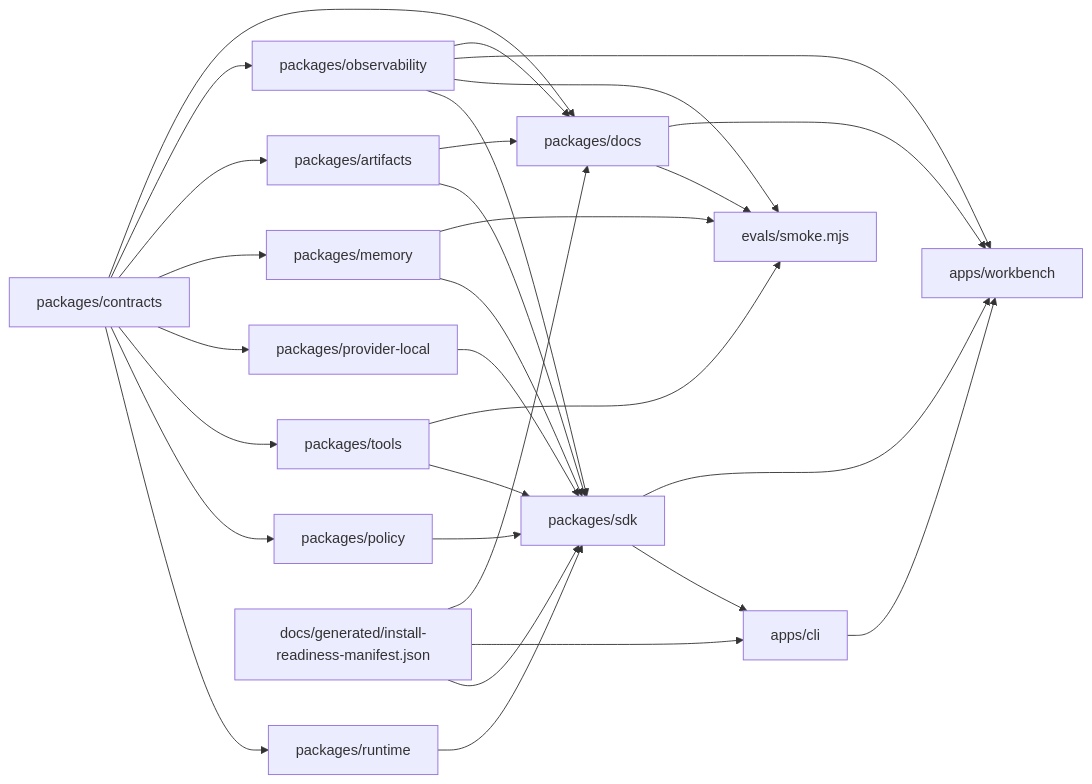
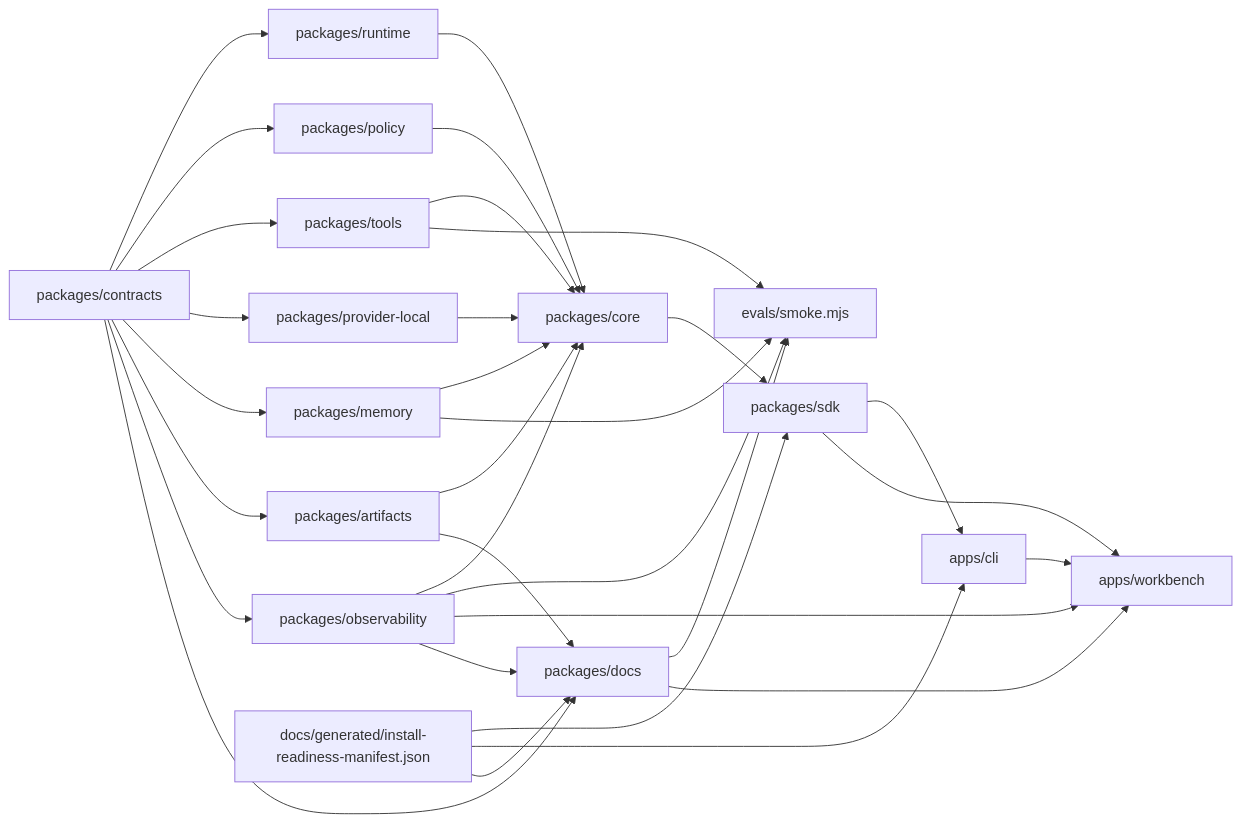
One commit to JamiStudio/jami-harness changed the diagram in apps/docs/system-map.mdx. Above: the diagram before and after it, drawn with Mermaid. The commit also changed other lines of this file and 26 other files, not shown here.

````diff
--- a/apps/docs/system-map.mdx
+++ b/apps/docs/system-map.mdx
@@ -15,46 +15,48 @@
 ```mermaid
 flowchart LR
   contracts[packages/contracts]
   runtime[packages/runtime]
   policy[packages/policy]
   tools[packages/tools]
   provider[packages/provider-local]
   memory[packages/memory]
   artifacts[packages/artifacts]
   observability[packages/observability]
   evals[evals/smoke.mjs]
+  core[packages/core]
   sdk[packages/sdk]
   cli[apps/cli]
   docs[packages/docs]
   workbench[apps/workbench]
   contracts --> runtime
   contracts --> policy
   contracts --> tools
   contracts --> provider
   contracts --> memory
   contracts --> artifacts
   contracts --> observability
-  runtime --> sdk
-  policy --> sdk
-  tools --> sdk
-  provider --> sdk
-  memory --> sdk
-  artifacts --> sdk
-  observability --> sdk
+  runtime --> core
+  policy --> core
+  tools --> core
+  provider --> core
+  memory --> core
+  artifacts --> core
+  observability --> core
+  core --> sdk
   observability --> evals
   tools --> evals
   memory --> evals
   docs --> evals
   sdk --> cli
   sdk --> workbench
   cli --> workbench
   docs --> workbench
   observability --> workbench
   install[docs/generated/install-readiness-manifest.json]
   install --> sdk
   install --> cli
   install --> docs
   contracts --> docs
   artifacts --> docs
   observability --> docs
 ```
````
